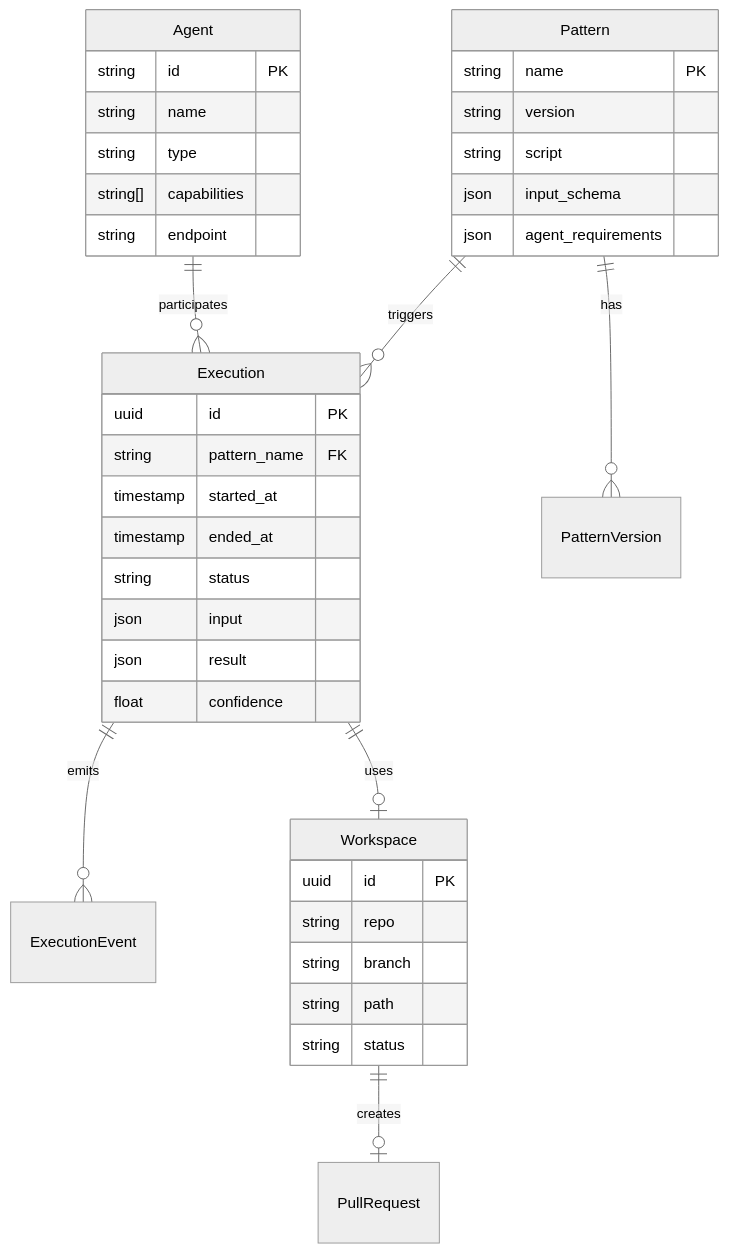
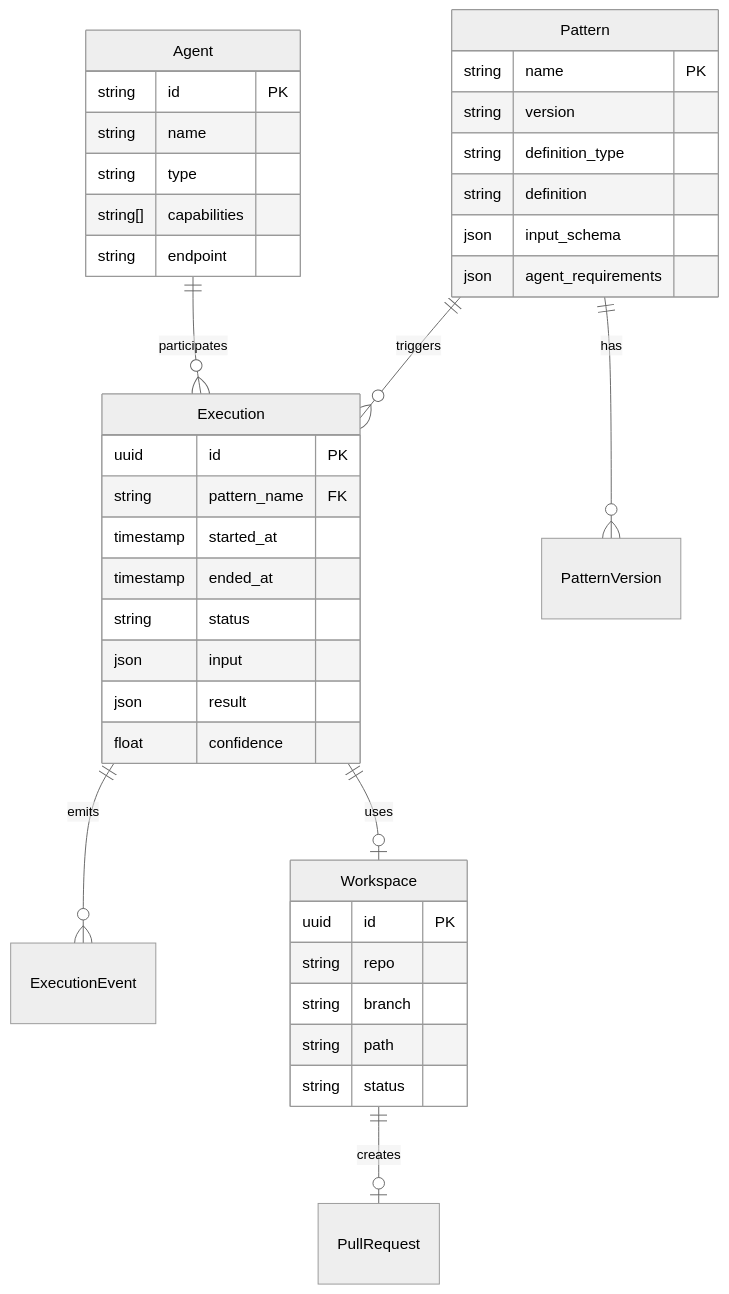
One commit to HaruHunab1320/parallax changed the fourth of 4 diagrams in apps/docs/docs/architecture/overview.md. Above: the diagram before and after it, drawn with Mermaid (neutral theme). The commit also changed other lines of this file and 33 other files, not shown here.

First line of the commit message:
docs: bring README, docs/, and docs site current with the architecture

````diff
--- a/apps/docs/docs/architecture/overview.md
+++ b/apps/docs/docs/architecture/overview.md
@@ -238,44 +240,45 @@
 ```mermaid
 erDiagram
     Pattern ||--o{ Execution : triggers
     Pattern ||--o{ PatternVersion : has
     Execution ||--o{ ExecutionEvent : emits
     Execution ||--o| Workspace : uses
     Workspace ||--o| PullRequest : creates
     Agent ||--o{ Execution : participates
 
     Pattern {
         string name PK
         string version
-        string script
+        string definition_type
+        string definition
         json input_schema
         json agent_requirements
     }
 
     Execution {
         uuid id PK
         string pattern_name FK
         timestamp started_at
         timestamp ended_at
         string status
         json input
         json result
         float confidence
     }
 
     Workspace {
         uuid id PK
         string repo
         string branch
         string path
         string status
     }
 
     Agent {
         string id PK
         string name
         string type
         string[] capabilities
         string endpoint
     }
 ```
````
